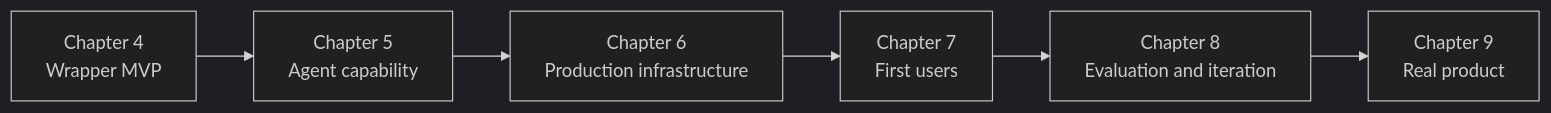
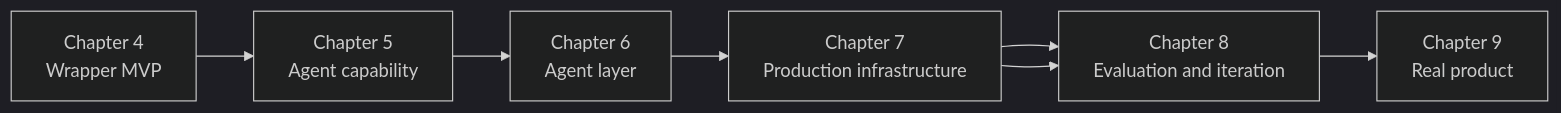
The diagram in docs/chapter-progression.md (PacktPublishing/Build-Intelligent-Products-with-RAG-and-AI-Agents), drawn with Mermaid (dark theme) before and after one commit. The commit also changed other lines of this file and 45 other files, not shown here.

Commit message:
chore: renumber production companion as Chapter 7

````diff
--- a/docs/chapter-progression.md
+++ b/docs/chapter-progression.md
@@ -14,8 +15,9 @@
 ```mermaid
 flowchart LR
     C4["Chapter 4\nWrapper MVP"] --> C5["Chapter 5\nAgent capability"]
-    C5 --> C6["Chapter 6\nProduction infrastructure"]
-    C6 --> C7["Chapter 7\nFirst users"]
+    C5 --> C6["Chapter 6\nAgent layer"]
+    C6 --> C7["Chapter 7\nProduction infrastructure"]
+    C7 --> C8["Chapter 8\nFirst users"]
     C7 --> C8["Chapter 8\nEvaluation and iteration"]
     C8 --> C9["Chapter 9\nReal product"]
 ```
````
